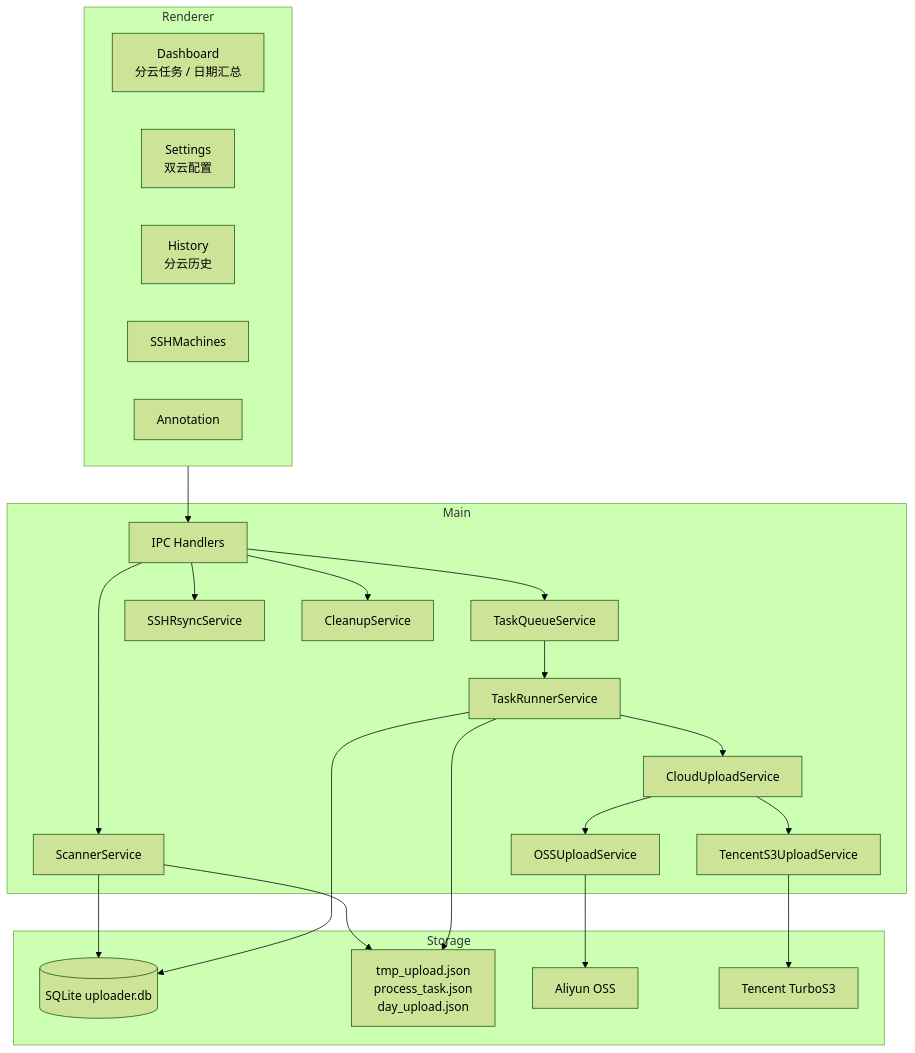
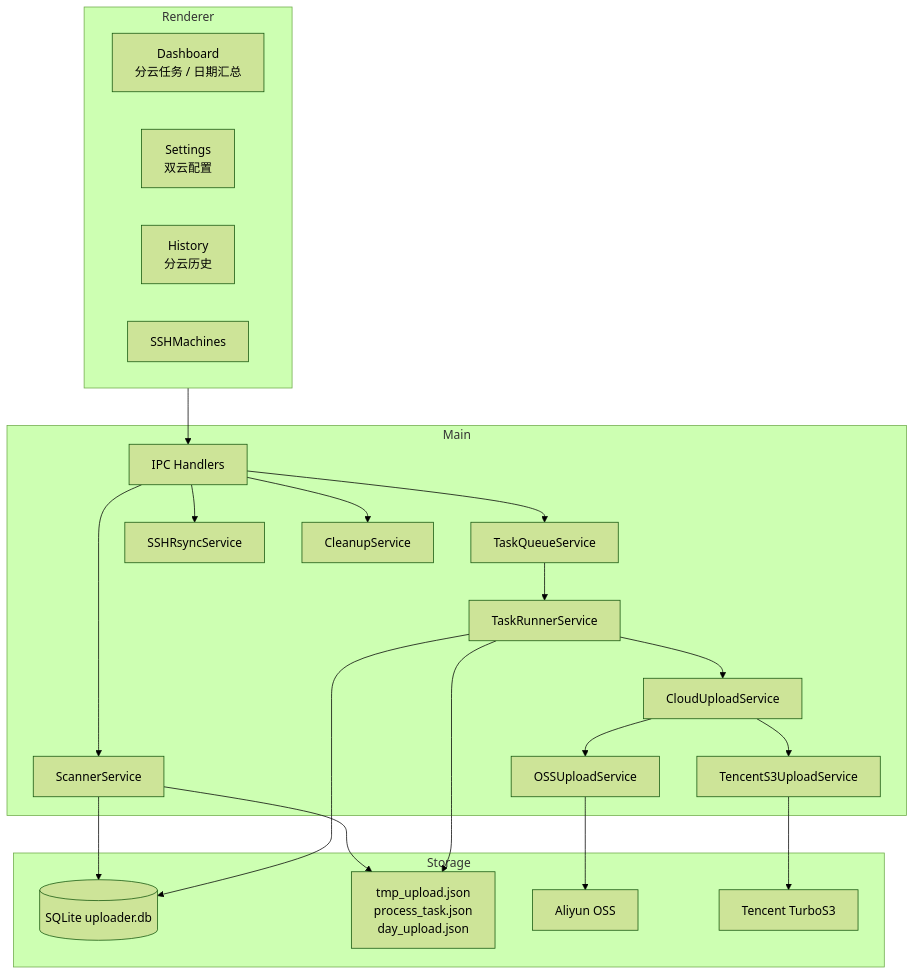
The diagram in docs/architecture/README.md (MzKyle/Auto-Upload-Studio), drawn with Mermaid (forest theme) before and after one commit. The commit also changed other lines of this file and 34 other files, not shown here.

````diff
--- a/docs/architecture/README.md
+++ b/docs/architecture/README.md
@@ -7,43 +7,42 @@
 ```mermaid
 graph TB
   subgraph Renderer["Renderer"]
     Dashboard["Dashboard<br/>分云任务 / 日期汇总"]
     Settings["Settings<br/>双云配置"]
     History["History<br/>分云历史"]
     Remote["SSHMachines"]
-    Annotation["Annotation"]
   end
   subgraph Main["Main"]
     IPC["IPC Handlers"]
     Scanner["ScannerService"]
     Queue["TaskQueueService"]
     Runner["TaskRunnerService"]
     Cloud["CloudUploadService"]
     Ali["OSSUploadService"]
     Tencent["TencentS3UploadService"]
     SSH["SSHRsyncService"]
     Cleanup["CleanupService"]
   end
   subgraph Storage["Storage"]
     DB[("SQLite uploader.db")]
     Marker["tmp_upload.json<br/>process_task.json<br/>day_upload.json"]
     Aliyun["Aliyun OSS"]
     Turbo["Tencent TurboS3"]
   end
 
   Renderer --> IPC
   IPC --> Scanner
   IPC --> Queue
   IPC --> SSH
   IPC --> Cleanup
   Queue --> Runner
   Runner --> Cloud
   Cloud --> Ali
   Cloud --> Tencent
   Ali --> Aliyun
   Tencent --> Turbo
   Scanner --> DB
   Runner --> DB
   Scanner --> Marker
   Runner --> Marker
 ```
````
